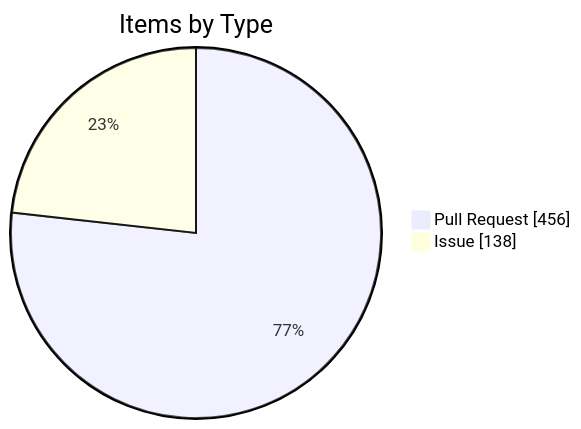
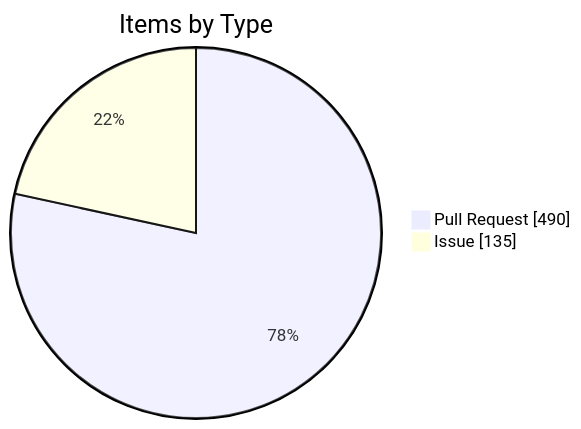
Before and after one commit to KBVE/kbve: the fourth of 4 diagrams in apps/kbve/astro-kbve/src/content/docs/dashboard/kanban-data.mdx, drawn with Mermaid. The commit also changed other lines of this file and 2 other files, not shown here.

````diff
--- a/apps/kbve/astro-kbve/src/content/docs/dashboard/kanban-data.mdx
+++ b/apps/kbve/astro-kbve/src/content/docs/dashboard/kanban-data.mdx
@@ -246,6 +246,6 @@
 ```mermaid
 pie showData
     title Items by Type
-    "Pull Request" : 456
-    "Issue" : 138
+    "Pull Request" : 490
+    "Issue" : 135
 ```
````
